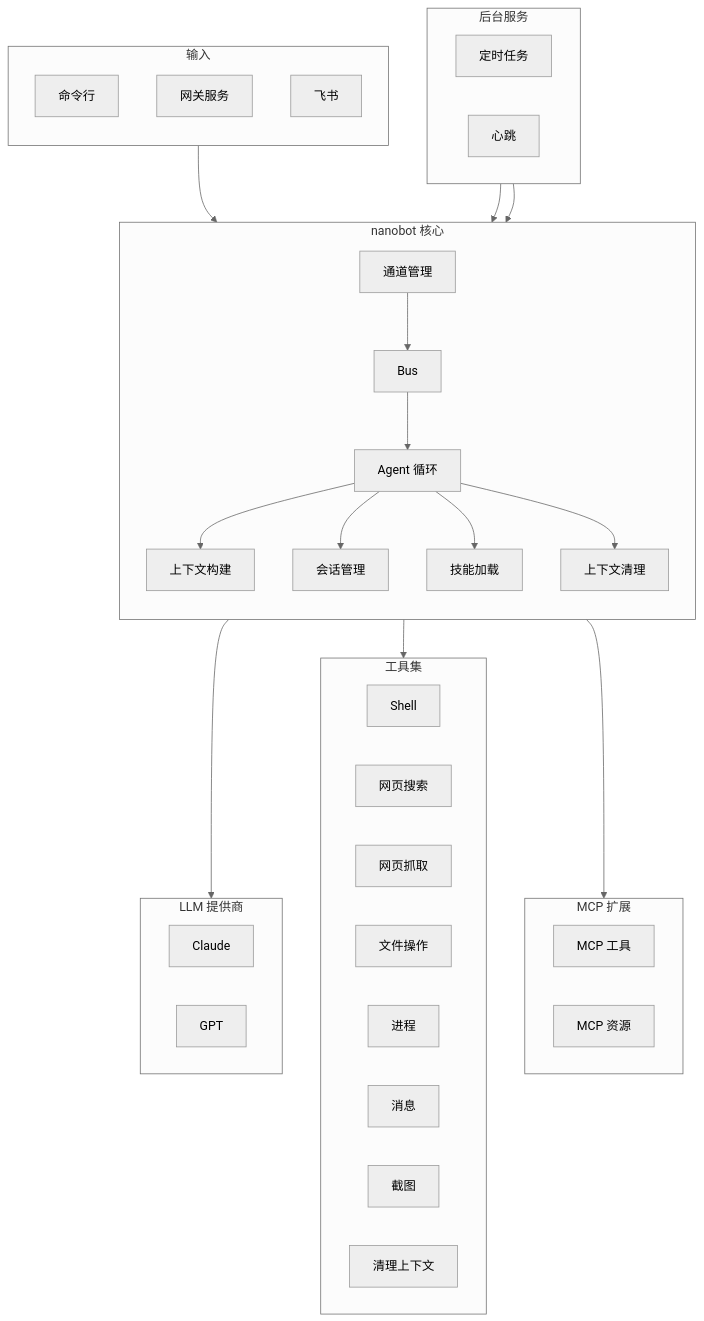
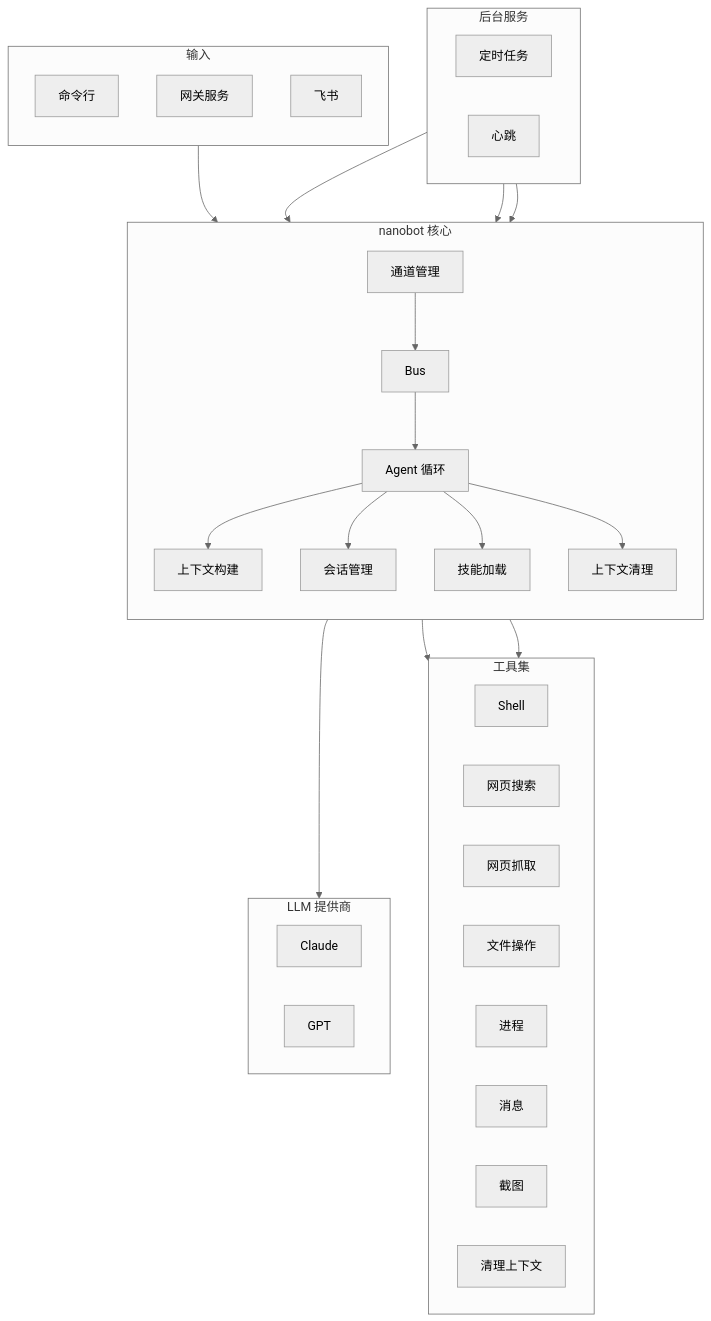
Before and after one commit to tt67wq/nanobot-js: the first of 7 diagrams in docs/explain/01-产品架构.md, drawn with Mermaid (neutral theme). The commit also changed other lines of this file and 13 other files, not shown here.

````diff
--- a/docs/explain/01-产品架构.md
+++ b/docs/explain/01-产品架构.md
@@ -37,56 +38,52 @@
 ```mermaid
 flowchart TB
     subgraph 输入
         direction TB
         CLI[命令行]
         Gateway[网关服务]
         Feishu[飞书]
     end
     
     subgraph 核心[nanobot 核心]
         direction TB
         ChannelMgr[通道管理] --> Bus
         Bus --> Agent[Agent 循环]
         Agent --> Context[上下文构建]
         Agent --> Session[会话管理]
         Agent --> Skills[技能加载]
         Agent --> Cleaner[上下文清理]
     end
     
     subgraph LLM[LLM 提供商]
         direction LR
         Anthropic[Claude]
         OpenAI[GPT]
     end
     
     subgraph 工具[工具集]
         direction LR
         Shell[Shell]
         Web[网页搜索]
         WebFetch[网页抓取]
         FS[文件操作]
         Spawn[进程]
         Msg[消息]
         Screen[截图]
         ClearCtx[清理上下文]
     end
     
-    subgraph MCP[MCP 扩展]
-        direction LR
-        MCPTool[MCP 工具]
-        MCPRes[MCP 资源]
-    end
     
     subgraph 后台[后台服务]
         direction LR
         Cron[定时任务]
         Heartbeat[心跳]
     end
     
     输入 --> 核心
     Agent --> LLM
     Agent --> 工具
-    Agent --> MCP
+    Agent --> 工具
+    Cron --> Agent
     Cron --> Agent
     Heartbeat --> Agent
 ```
````
